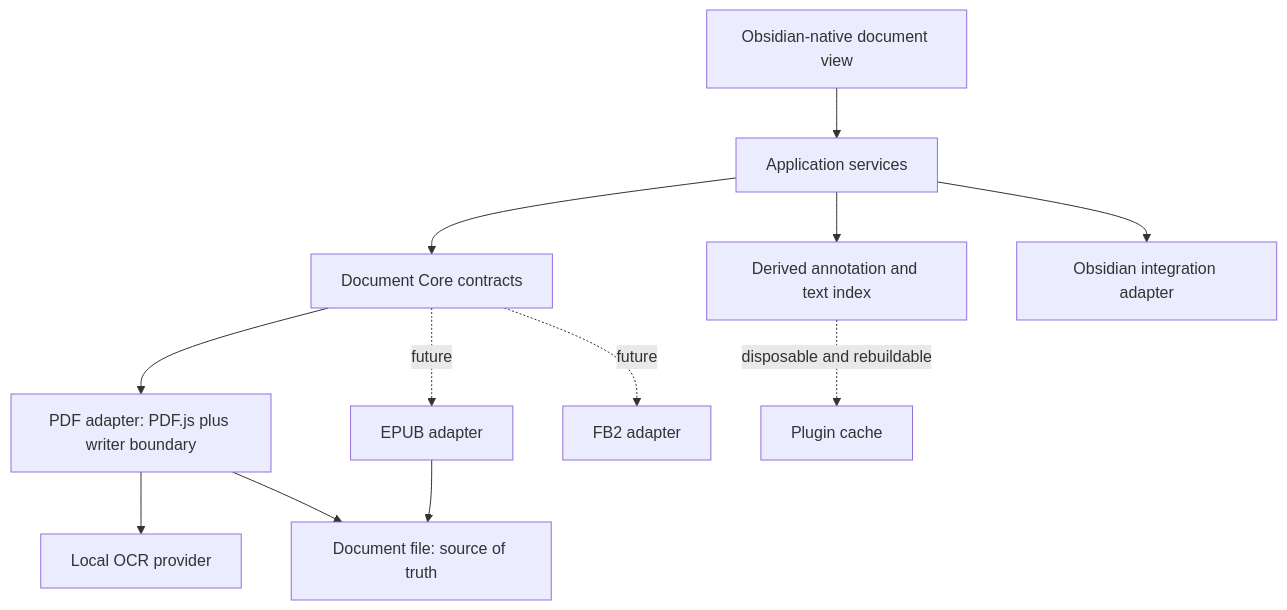
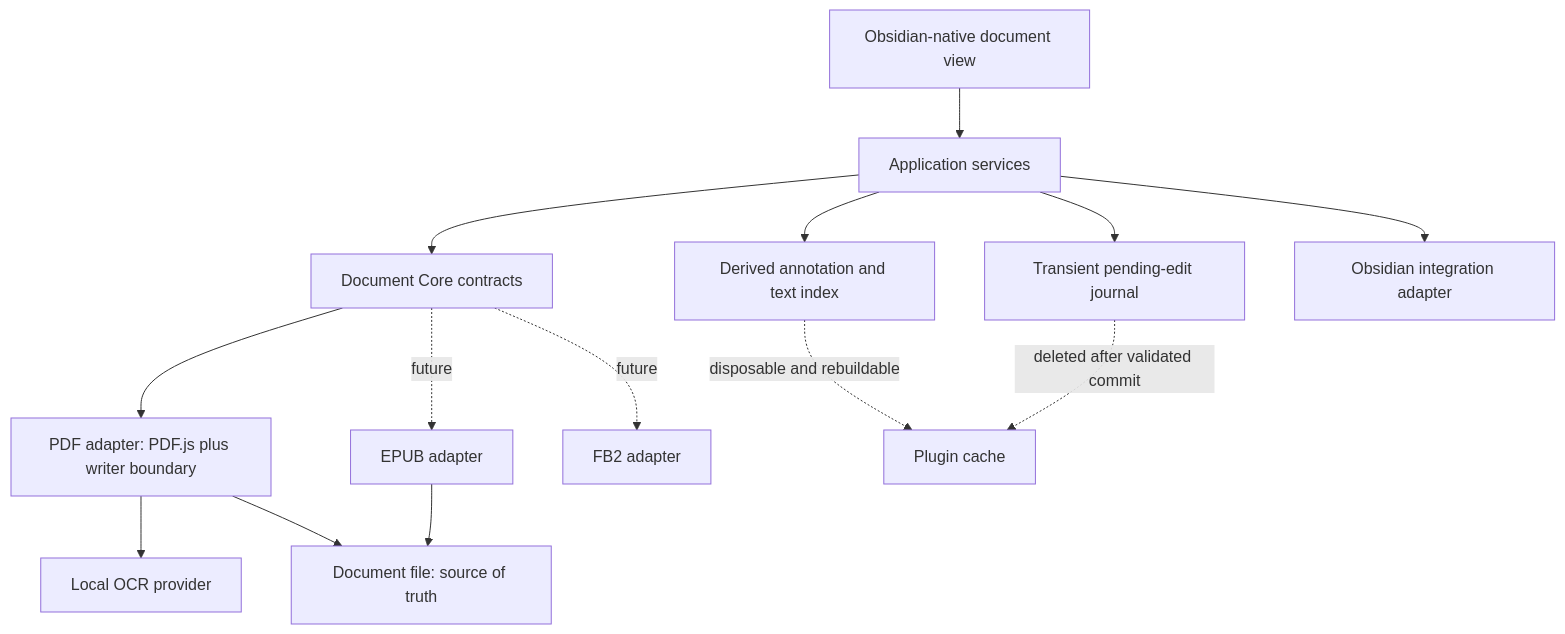
The diagram in docs/superpowers/specs/2026-08-09-document-reader-design.md (flowing-abyss/obsidian-abyss-documents), drawn with Mermaid before and after one commit. The commit also changed other lines of this file, not shown here.

Commit message:
docs: refine reader design after UX review

````diff
--- a/docs/superpowers/specs/2026-08-09-document-reader-design.md
+++ b/docs/superpowers/specs/2026-08-09-document-reader-design.md
@@ -66,14 +68,16 @@
 ```mermaid
 flowchart TD
     UI["Obsidian-native document view"] --> APP["Application services"]
     APP --> CORE["Document Core contracts"]
     APP --> INDEX["Derived annotation and text index"]
+    APP --> JOURNAL["Transient pending-edit journal"]
     APP --> OBS["Obsidian integration adapter"]
     CORE --> PDF["PDF adapter: PDF.js plus writer boundary"]
     CORE -. future .-> EPUB["EPUB adapter"]
     CORE -. future .-> FB2["FB2 adapter"]
     PDF --> OCR["Local OCR provider"]
     PDF --> FILE["Document file: source of truth"]
     EPUB --> FILE
     INDEX -. disposable and rebuildable .-> CACHE["Plugin cache"]
+    JOURNAL -. deleted after validated commit .-> CACHE
 ```
````
